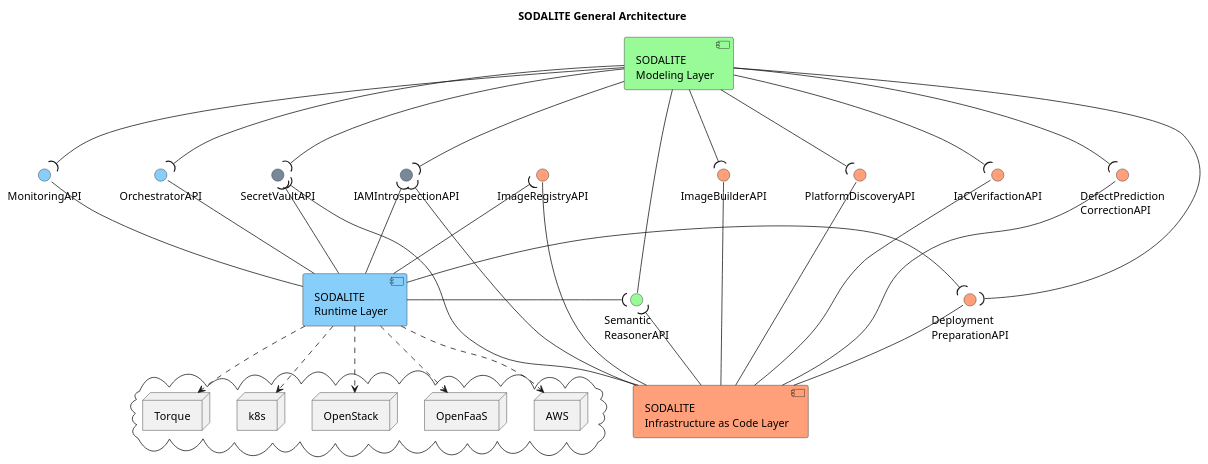
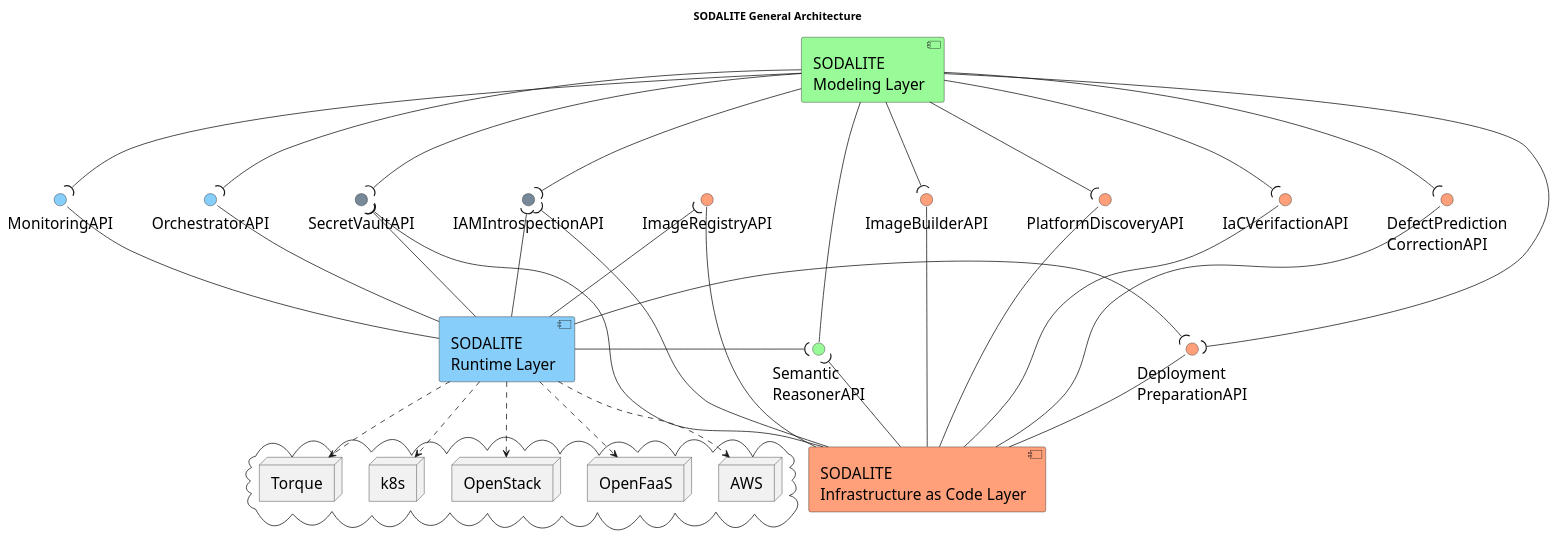
The diagram in uml/component-diagrams/CD-SODALITEGeneralArchitecture - by layers.puml (SODALITE-EU/project-wide-documentation), drawn with PlantUML before and after one commit. The commit also changed 1 other file, not shown here.

Commit message:
added larger font to improve readability

```diff
--- a/uml/component-diagrams/CD-SODALITEGeneralArchitecture - by layers.puml
+++ b/uml/component-diagrams/CD-SODALITEGeneralArchitecture - by layers.puml
@@ -1,72 +1,73 @@
 @startuml
 
 title SODALITE General Architecture
 
 skinparam fixCircleLabelOverlapping true 
+skinparam defaultFontSize 20
 
 'WP3 modelling layer
 [SODALITE\nModeling Layer] as WP3 #PaleGreen
 interface "Semantic\nReasonerAPI" as sem #PaleGreen
 WP3 -d- sem
 
 'WP4 infrastructure as Code layer
 [SODALITE\nInfrastructure as Code Layer] as WP4 #LightSalmon
 interface "Deployment\nPreparationAPI" as dep #LightSalmon
 interface "DefectPrediction\nCorrectionAPI" as defect #LightSalmon
 interface "IaCVerifactionAPI" as verif #LightSalmon
 interface "ImageRegistryAPI" as imagereg  #LightSalmon
 interface "ImageBuilderAPI" as imagebuilder  #LightSalmon
 interface "PlatformDiscoveryAPI" as pds #LightSalmon
 WP4 -u- dep
 WP4 -u- defect
 WP4 -u- verif
 WP4 -u- pds
 WP4 -d- imagereg
 WP4 -u- imagebuilder
 
 'WP4 infrastructure as Code layer
 [SODALITE\nRuntime Layer] as WP5 #LightSkyBlue
 interface "MonitoringAPI" as mon #LightSkyBlue
 interface "OrchestratorAPI" as orch #LightSkyBlue
 WP5 -u- mon 
 WP5 -u- orch
 
 'security APIs
 interface "IAMIntrospectionAPI" as IAMApi #LightSlateGrey
 interface "SecretVaultAPI" as VaultAPI #LightSlateGrey
 
 cloud {
     node OpenStack
     node k8s as K8S
     node Torque
     node AWS
     node OpenFaaS
 }
 
 WP3 -d-( IAMApi
 WP3 -d-( VaultAPI
 WP3 -d-( dep
 WP3 -d-( defect
 WP3 -d-( verif
 WP3 -d-( mon
 WP3 -d-( orch
 WP3 -d-( imagebuilder
 WP3 -d-( pds
 
 WP4 -u-( IAMApi
 WP4 -u-( VaultAPI
 WP4 -u-( sem
 
 WP5 -u-( IAMApi
 WP5 -u-( VaultAPI
 WP5 -u-( imagereg
 WP5 -r-( dep
 WP5 -r-( sem
 
 WP5 .d.> OpenStack
 WP5 .d.> K8S
 WP5 .d.> Torque
 WP5 .d.> AWS
 WP5 .d.> OpenFaaS
 
 @enduml
```
